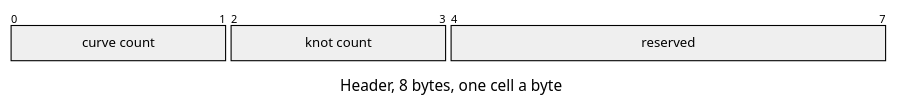
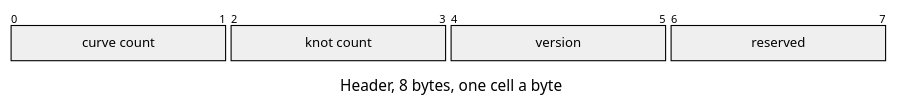
Before and after one commit to jose-villegas/autana: the first of 3 diagrams in docs/assets/formats/LCRV.md, drawn with Mermaid. The commit also changed other lines of this file and 4 other files, not shown here.

Commit message:
docs: curves in the draw diagrams, the depth fit and the LCRV version word; the curves switch shown

````diff
--- a/docs/assets/formats/LCRV.md
+++ b/docs/assets/formats/LCRV.md
@@ -6,14 +6,15 @@
 ```mermaid
 ---
 config:
-  themeCSS: "g:nth-of-type(2) rect:nth-of-type(1) { fill: #93d6b0 !important; } g:nth-of-type(2) rect:nth-of-type(2) { fill: #93d6b0 !important; } g:nth-of-type(2) rect:nth-of-type(3) { fill: #ffffff !important; stroke-dasharray: 4 3 !important; } .packetLabel { fill: #1b1b1b !important; }"
+  themeCSS: "g:nth-of-type(2) rect:nth-of-type(1) { fill: #93d6b0 !important; } g:nth-of-type(2) rect:nth-of-type(2) { fill: #93d6b0 !important; } g:nth-of-type(2) rect:nth-of-type(3) { fill: #e3e3e3 !important; } g:nth-of-type(2) rect:nth-of-type(4) { fill: #ffffff !important; stroke-dasharray: 4 3 !important; } .packetLabel { fill: #1b1b1b !important; }"
   packet:
     bitsPerRow: 8
     bitWidth: 100
 ---
 packet-beta
 title Header, 8 bytes, one cell a byte
 0-1: "curve count"
 2-3: "knot count"
-4-7: "reserved"
+4-5: "version"
+6-7: "reserved"
 ```
````
